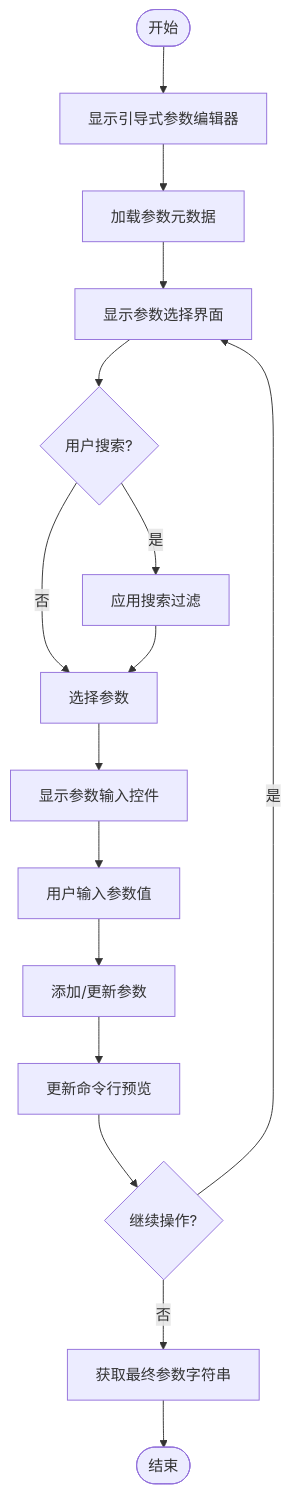
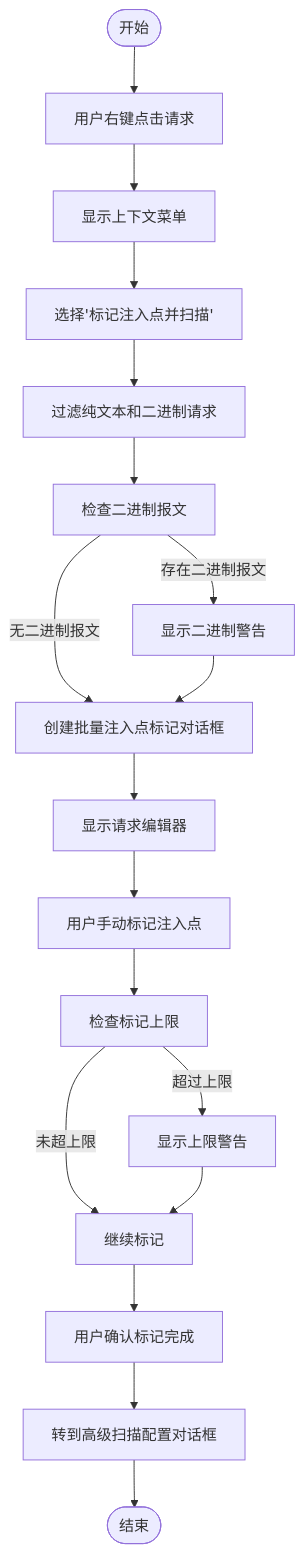
Before and after one commit to GitHubNull/sqlmapWebUI: the ninth of 10 diagrams in .qoder/repowiki/zh/content/外部系统集成/Burp Suite插件集成/Burp Suite插件集成.md, drawn with Mermaid. The commit also changed other lines of this file and 4 other files, not shown here.

````diff
--- a/.qoder/repowiki/zh/content/外部系统集成/Burp Suite插件集成/Burp Suite插件集成.md
+++ b/.qoder/repowiki/zh/content/外部系统集成/Burp Suite插件集成/Burp Suite插件集成.md
@@ -316,18 +315,20 @@
 ```mermaid
 flowchart TD
-Start([开始]) --> ShowEditor["显示引导式参数编辑器"]
-ShowEditor --> LoadParams["加载参数元数据"]
-LoadParams --> DisplayUI["显示参数选择界面"]
-DisplayUI --> UserSearch{"用户搜索?"}
-UserSearch -- 是 --> ApplySearch["应用搜索过滤"]
-UserSearch -- 否 --> SelectParam["选择参数"]
-ApplySearch --> SelectParam
-SelectParam --> ShowInput["显示参数输入控件"]
-ShowInput --> UserInput["用户输入参数值"]
-UserInput --> AddParam["添加/更新参数"]
-AddParam --> UpdatePreview["更新命令行预览"]
-UpdatePreview --> UserAction{"继续操作?"}
-UserAction -- 是 --> DisplayUI
-UserAction -- 否 --> GetResult["获取最终参数字符串"]
-GetResult --> End([结束])
+Start([开始]) --> RightClick["用户右键点击请求"]
+RightClick --> ShowMenu["显示上下文菜单"]
+ShowMenu --> SelectOption["选择'标记注入点并扫描'"]
+SelectOption --> FilterRequests["过滤纯文本和二进制请求"]
+FilterRequests --> CheckBinary["检查二进制报文"]
+CheckBinary -- 存在二进制报文 --> ShowWarning["显示二进制警告"]
+CheckBinary -- 无二进制报文 --> CreateDialog["创建批量注入点标记对话框"]
+ShowWarning --> CreateDialog
+CreateDialog --> DisplayEditors["显示请求编辑器"]
+DisplayEditors --> UserMark["用户手动标记注入点"]
+UserMark --> CheckLimit["检查标记上限"]
+CheckLimit -- 超过上限 --> ShowLimitWarning["显示上限警告"]
+CheckLimit -- 未超上限 --> ContinueMark["继续标记"]
+ShowLimitWarning --> ContinueMark
+ContinueMark --> ConfirmMark["用户确认标记完成"]
+ConfirmMark --> TransferToAdvanced["转到高级扫描配置对话框"]
+TransferToAdvanced --> End([结束])
 ```
````
